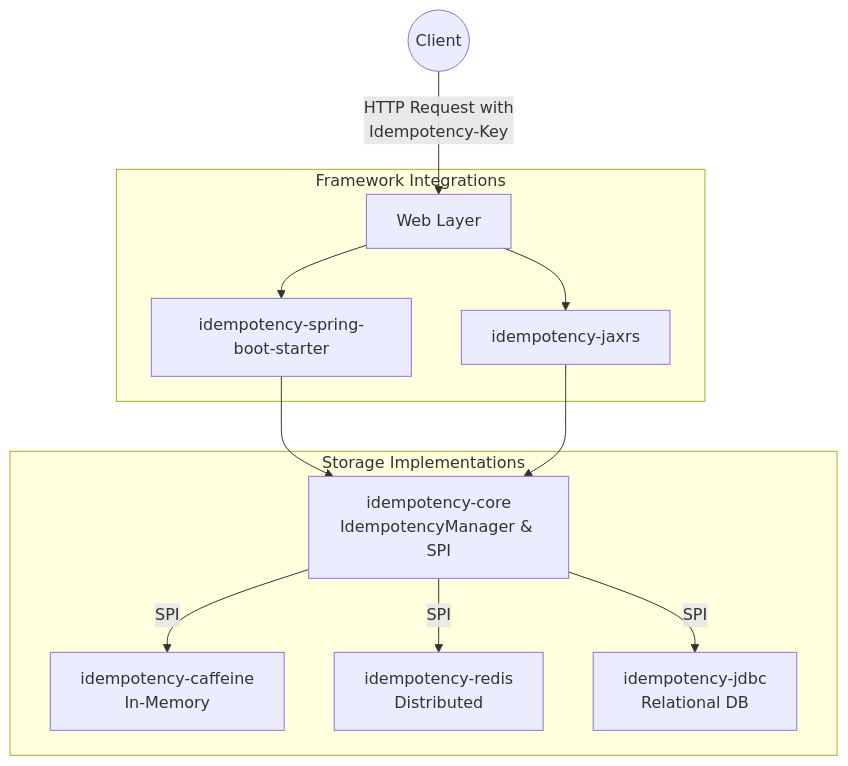
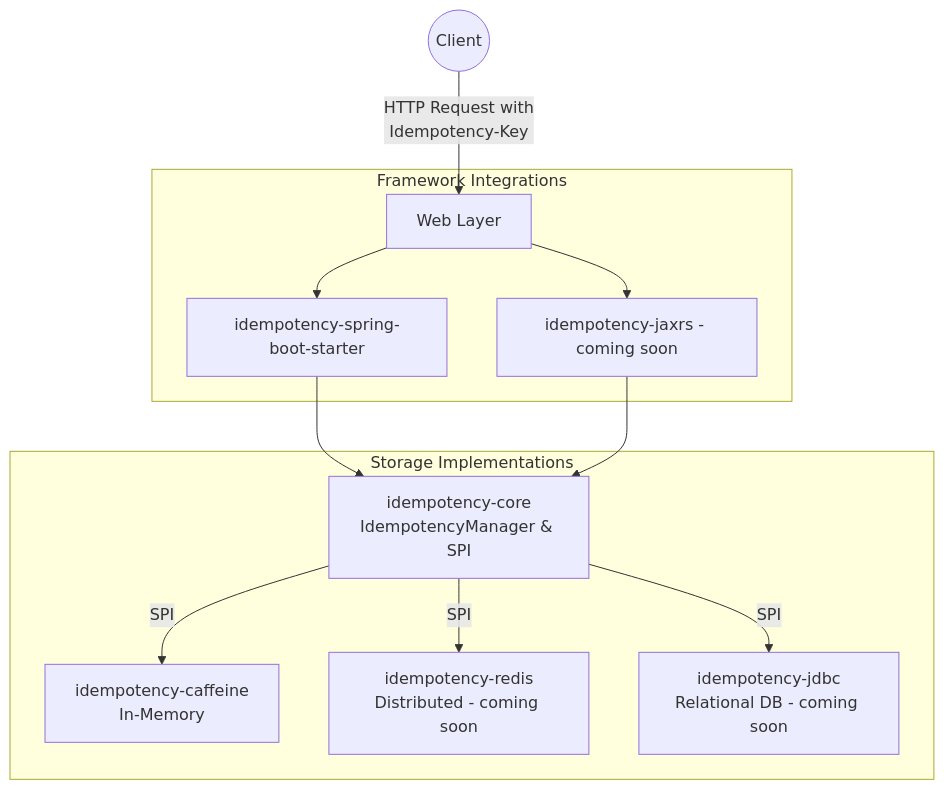
Before and after one commit to ravocode/AvoOnce: the diagram in README.md, drawn with Mermaid. The commit also changed other lines of this file and 4 other files, not shown here.

````diff
--- a/README.md
+++ b/README.md
@@ -21,18 +84,18 @@
 ```mermaid
 graph TD
     Client((Client)) -->|HTTP Request with<br/>Idempotency-Key| Web[Web Layer]
     
     subgraph Framework Integrations
         Web --> SB[idempotency-spring-boot-starter]
-        Web --> JAX[idempotency-jaxrs]
+        Web --> JAX[idempotency-jaxrs - coming soon]
     end
     
     SB --> Core[idempotency-core<br/>IdempotencyManager & SPI]
     JAX --> Core
     
     subgraph Storage Implementations
         Core -->|SPI| Caff[idempotency-caffeine<br/>In-Memory]
-        Core -->|SPI| Red[idempotency-redis<br/>Distributed]
-        Core -->|SPI| JDBC[idempotency-jdbc<br/>Relational DB]
+        Core -->|SPI| Red[idempotency-redis<br/>Distributed - coming soon]
+        Core -->|SPI| JDBC[idempotency-jdbc<br/>Relational DB - coming soon]
     end
 ```
````
